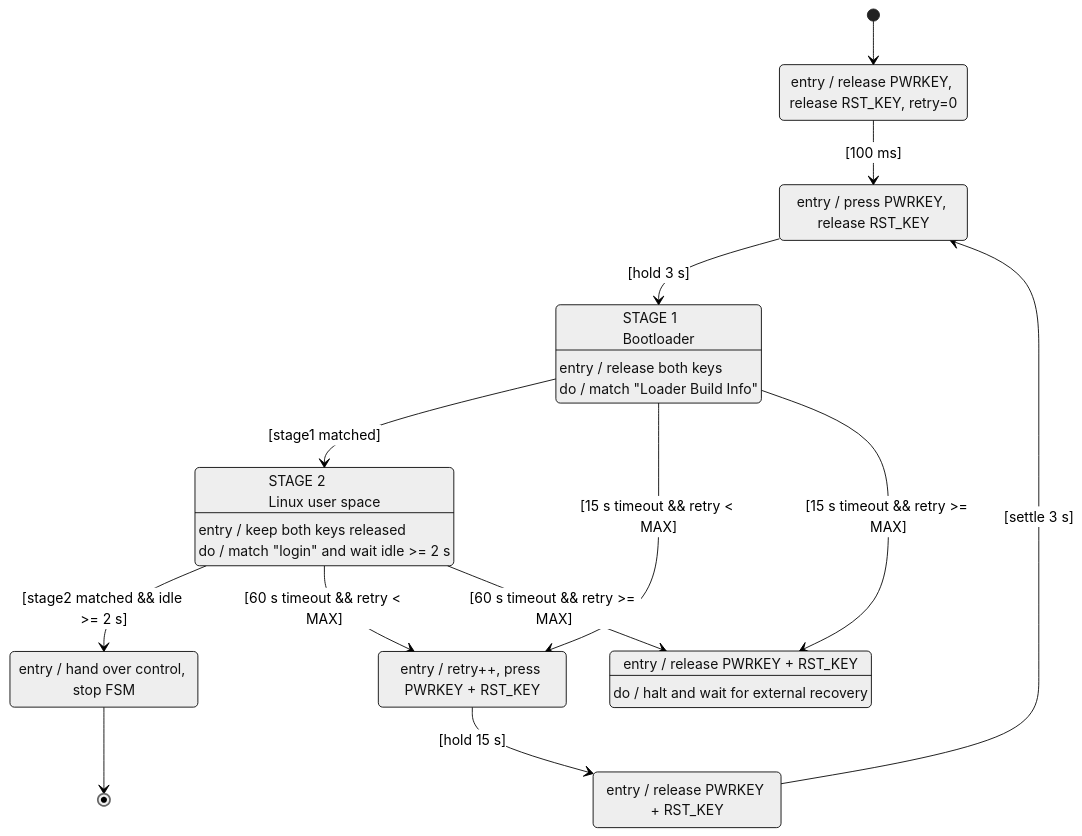
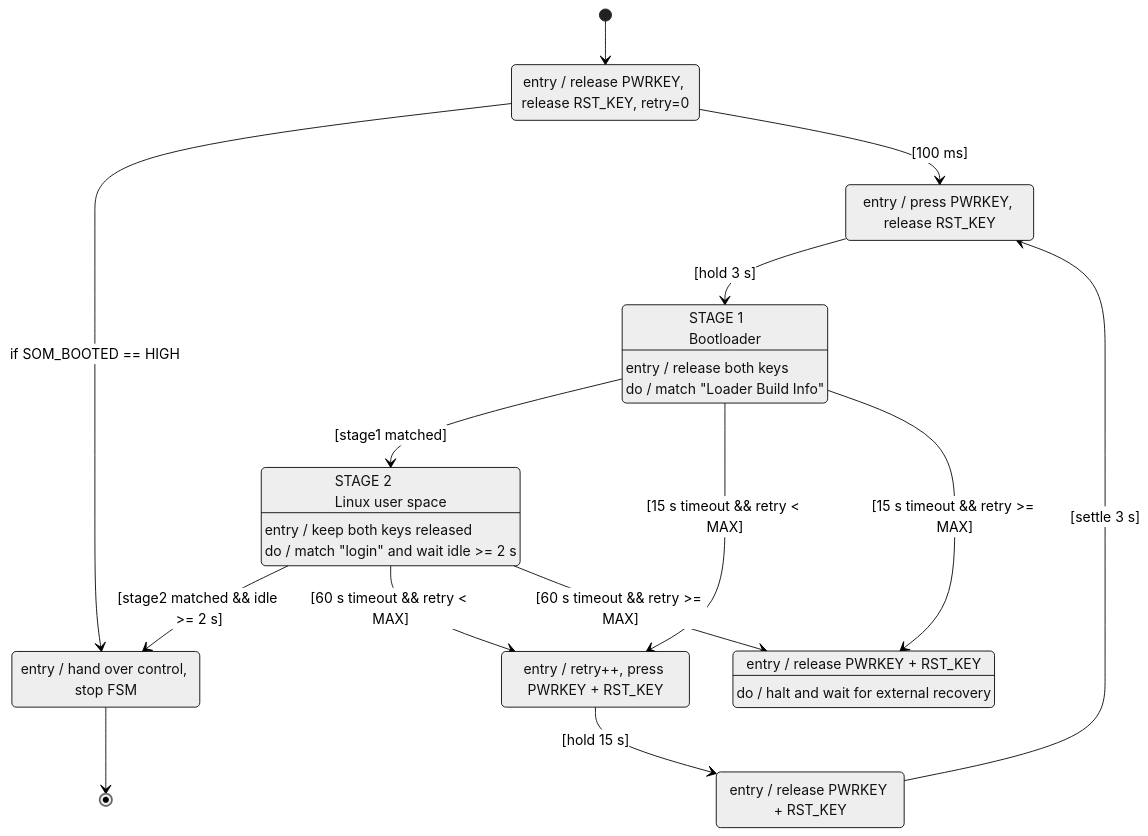
One commit to Vkd4U2NtVkZOVg/py32_control changed diagram 11 of 11 in WORKLOG.md. Above: the diagram before and after it, drawn with Mermaid (neutral theme). The commit also changed other lines of this file, not shown here.

````diff
--- a/WORKLOG.md
+++ b/WORKLOG.md
@@ -826,38 +826,39 @@
 ```mermaid
 stateDiagram-v2
     direction TB
 
     [*] --> POWER_ON_WAIT
 
     POWER_ON_WAIT : entry / release PWRKEY, release RST_KEY, retry=0
+    POWER_ON_WAIT --> BOOT_SUCCESS: if SOM_BOOTED == HIGH
     POWER_ON_WAIT --> PWR_PRESS : [100 ms]
 
     PWR_PRESS : entry / press PWRKEY, release RST_KEY
     PWR_PRESS --> BOOT_CHECK : [hold 3 s]
 
     state "STAGE 1\nBootloader" as BOOT_CHECK
     BOOT_CHECK : entry / release both keys
     BOOT_CHECK : do / match "Loader Build Info"
     BOOT_CHECK --> STAGE2_WAIT : [stage1 matched]
     BOOT_CHECK --> BOOT_RESET : [15 s timeout && retry < MAX]
     BOOT_CHECK --> STRAP_FAIL : [15 s timeout && retry >= MAX]
 
     state "STAGE 2\nLinux user space" as STAGE2_WAIT
     STAGE2_WAIT : entry / keep both keys released
     STAGE2_WAIT : do / match "login" and wait idle >= 2 s
     STAGE2_WAIT --> BOOT_SUCCESS : [stage2 matched && idle >= 2 s]
     STAGE2_WAIT --> BOOT_RESET : [60 s timeout && retry < MAX]
     STAGE2_WAIT --> STRAP_FAIL : [60 s timeout && retry >= MAX]
 
     BOOT_SUCCESS : entry / hand over control, stop FSM
     BOOT_SUCCESS --> [*]
 
     BOOT_RESET : entry / retry++, press PWRKEY + RST_KEY
     BOOT_RESET --> PMIC_SETTLE : [hold 15 s]
 
     PMIC_SETTLE : entry / release PWRKEY + RST_KEY
     PMIC_SETTLE --> PWR_PRESS : [settle 3 s]
 
     STRAP_FAIL : entry / release PWRKEY + RST_KEY
     STRAP_FAIL : do / halt and wait for external recovery
 ```
````
